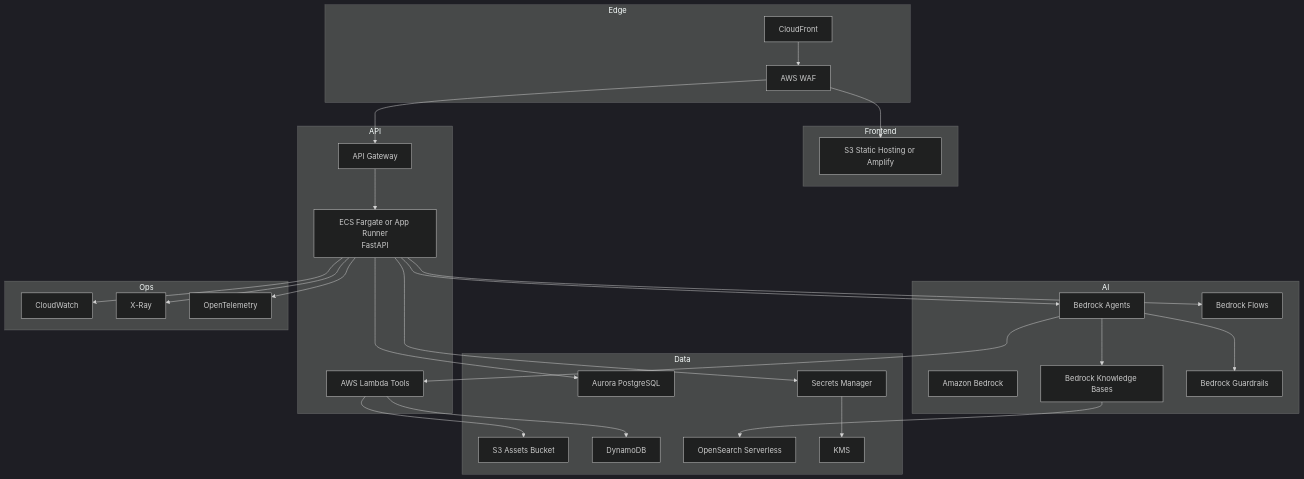
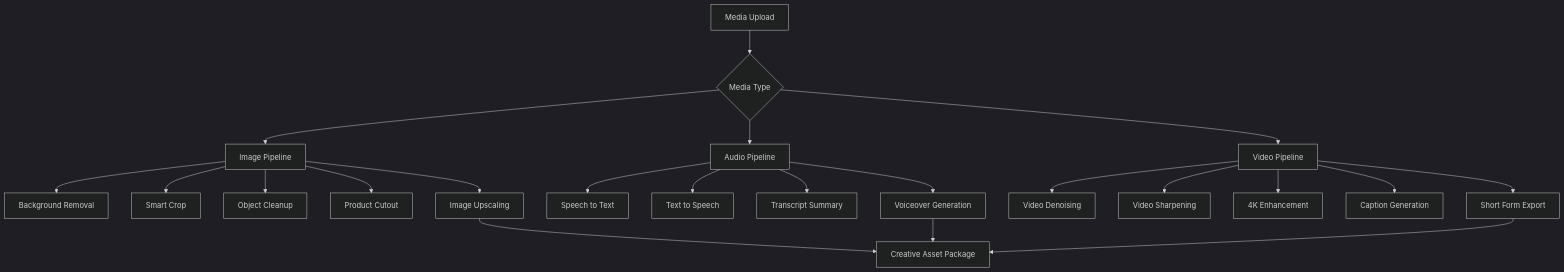
Before and after one commit to SwapnilMundhekar/WebCut.ai-CreativeOps-Agent-Platform: the fifth of 8 diagrams in README.md, drawn with Mermaid (dark theme). The commit also changed other lines of this file, not shown here.

Commit message:
Redesign README with premium WebCut platform identity

````diff
--- a/README.md
+++ b/README.md
@@ -762,59 +376,29 @@
 ```mermaid
 flowchart TB
-    subgraph Edge
-        CF[CloudFront]
-        WAF[AWS WAF]
-    end
+    UPLOAD[Media Upload] --> TYPE{Media Type}
 
-    subgraph Frontend
-        S3WEB[S3 Static Hosting or Amplify]
-    end
+    TYPE --> IMG[Image Pipeline]
+    TYPE --> AUD[Audio Pipeline]
+    TYPE --> VID[Video Pipeline]
 
-    subgraph API
-        APIGW[API Gateway]
-        ECS[ECS Fargate or App Runner<br/>FastAPI]
-        LBD[AWS Lambda Tools]
-    end
+    IMG --> IMG1[Background Removal]
+    IMG --> IMG2[Smart Crop]
+    IMG --> IMG3[Object Cleanup]
+    IMG --> IMG4[Product Cutout]
+    IMG --> IMG5[Image Upscaling]
 
-    subgraph AI
-        BR[Amazon Bedrock]
-        BA[Bedrock Agents]
-        BK[Bedrock Knowledge Bases]
-        BG[Bedrock Guardrails]
-        BF[Bedrock Flows]
-    end
+    AUD --> AUD1[Speech to Text]
+    AUD --> AUD2[Text to Speech]
+    AUD --> AUD3[Transcript Summary]
+    AUD --> AUD4[Voiceover Generation]
 
-    subgraph Data
-        S3DATA[S3 Assets Bucket]
-        DDB[DynamoDB]
-        AUR[Aurora PostgreSQL]
-        OSS[OpenSearch Serverless]
-        SEC[Secrets Manager]
-        KMS[KMS]
-    end
+    VID --> VID1[Video Denoising]
+    VID --> VID2[Video Sharpening]
+    VID --> VID3[4K Enhancement]
+    VID --> VID4[Caption Generation]
+    VID --> VID5[Short Form Export]
 
-    subgraph Ops
-        CW[CloudWatch]
-        XR[X-Ray]
-        OTEL[OpenTelemetry]
-    end
-
-    CF --> WAF
-    WAF --> S3WEB
-    WAF --> APIGW
-    APIGW --> ECS
-    ECS --> BA
-    BA --> LBD
-    BA --> BK
-    BA --> BG
-    ECS --> BF
-    BK --> OSS
-    LBD --> S3DATA
-    LBD --> DDB
-    ECS --> AUR
-    ECS --> SEC
-    SEC --> KMS
-    ECS --> CW
-    ECS --> XR
-    ECS --> OTEL
+    IMG5 --> PACKAGE[Creative Asset Package]
+    AUD4 --> PACKAGE
+    VID5 --> PACKAGE
 ```
````
